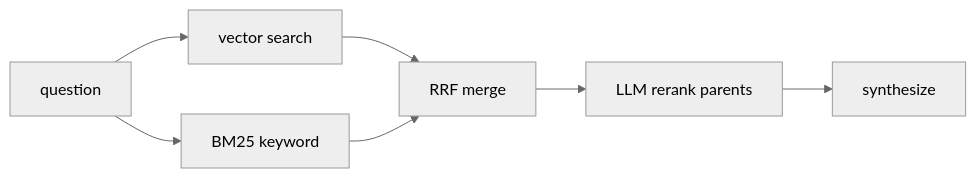
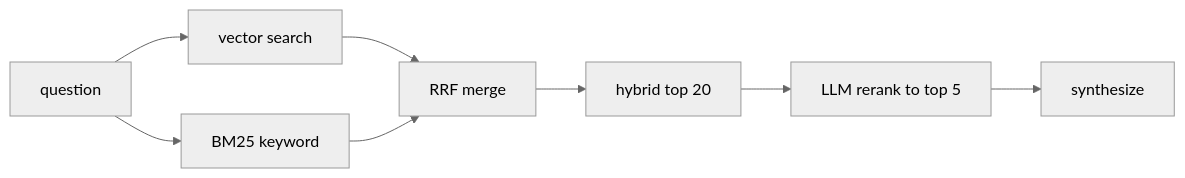
Before and after one commit to koatedevopskpai/gcp-architect-blog: the diagram in src/content/posts/data-mlops/002-retrieval-mode-benchmark-three-modes-tied.md, drawn with Mermaid (neutral theme). The commit also changed other lines of this file, not shown here.

Commit message:
feat(benchmark): publish measured 4-mode results (BM25 wins lookups, hybrid beats vector, rerank latency) + latency table

````diff
--- a/src/content/posts/data-mlops/002-retrieval-mode-benchmark-three-modes-tied.md
+++ b/src/content/posts/data-mlops/002-retrieval-mode-benchmark-three-modes-tied.md
@@ -41,9 +37,10 @@
 ```mermaid
 flowchart LR
   Q[question] --> V[vector search]
   Q --> K[BM25 keyword]
   V --> RRF[RRF merge]
   K --> RRF
-  RRF --> R[LLM rerank parents]
+  RRF --> H[hybrid top 20]
+  H --> R[LLM rerank to top 5]
   R --> S[synthesize]
 ```
````
